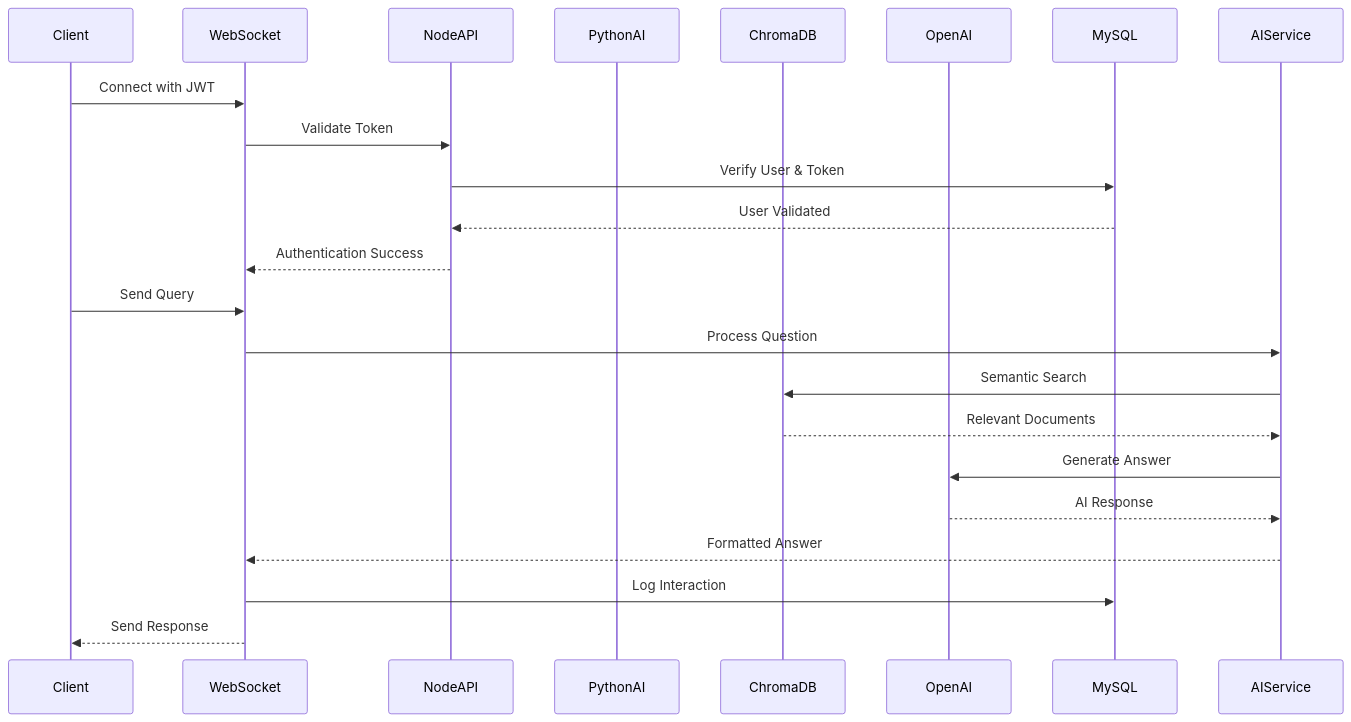
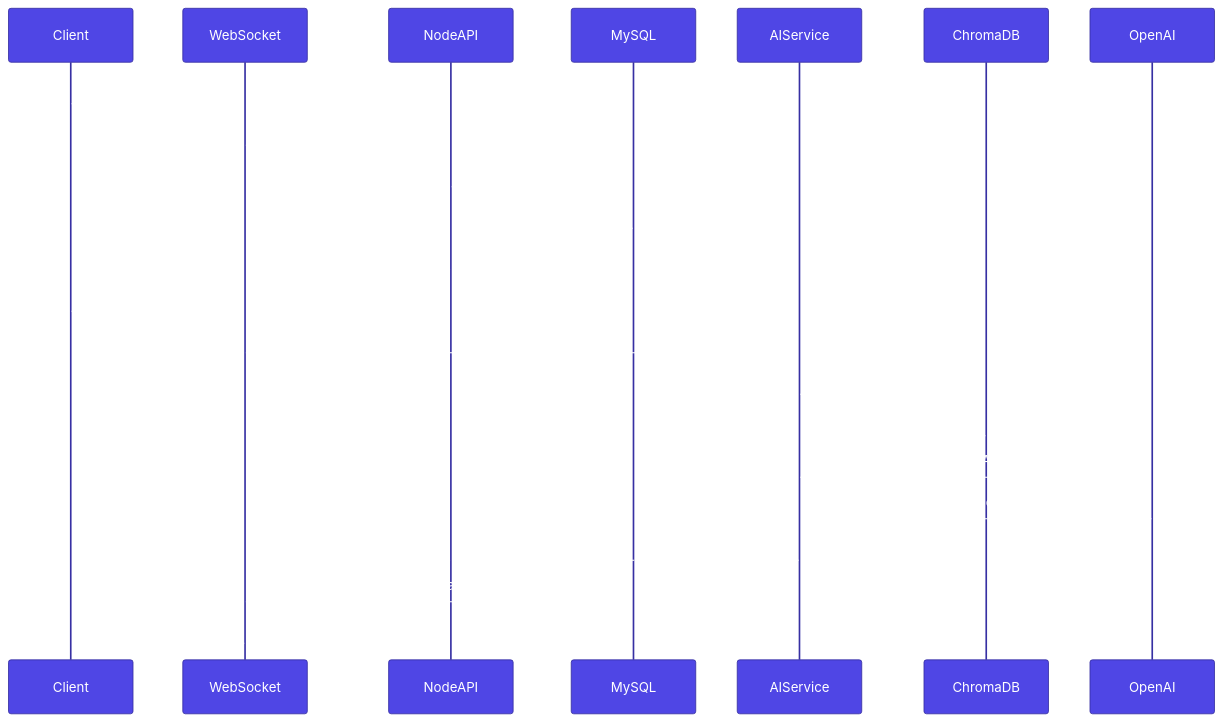
Before and after one commit to rohit-879/test: the fifth of 9 diagrams in readme.md, drawn with Mermaid. The commit also changed other lines of this file, not shown here.

````diff
--- a/readme.md
+++ b/readme.md
@@ -195,26 +190,24 @@
 ```mermaid
+%%{init: {'theme':'base', 'themeVariables': {'primaryColor': '#4f46e5', 'primaryTextColor': '#ffffff', 'primaryBorderColor': '#3730a3', 'lineColor': '#6b7280', 'secondaryColor': '#e5e7eb', 'tertiaryColor': '#f3f4f6'}}}%%
 sequenceDiagram
     participant Client
     participant WebSocket
     participant NodeAPI
-    participant PythonAI
-    participant ChromaDB
-    participant OpenAI
     participant MySQL
     
     Client->>WebSocket: Connect with JWT
     WebSocket->>NodeAPI: Validate Token
     NodeAPI->>MySQL: Verify User & Token
     MySQL-->>NodeAPI: User Validated
     NodeAPI-->>WebSocket: Authentication Success
     
     Client->>WebSocket: Send Query
     WebSocket->>AIService: Process Question
     AIService->>ChromaDB: Semantic Search
     ChromaDB-->>AIService: Relevant Documents
     AIService->>OpenAI: Generate Answer
     OpenAI-->>AIService: AI Response
     AIService-->>WebSocket: Formatted Answer
     WebSocket->>MySQL: Log Interaction
     WebSocket-->>Client: Send Response
 ```
````
